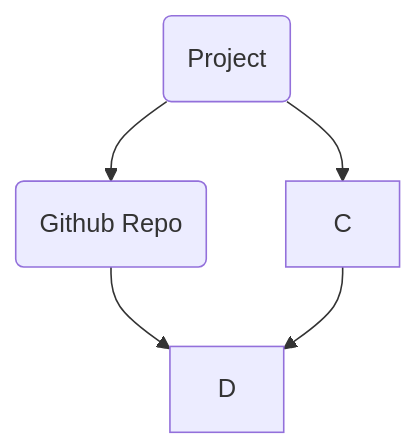
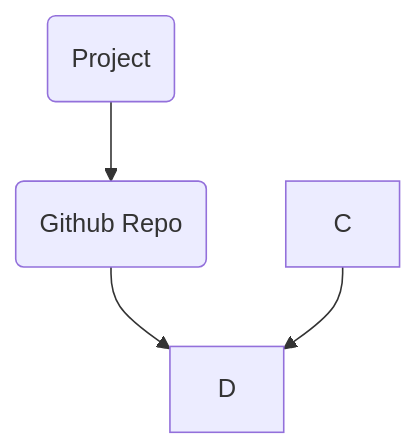
Before and after one commit to WSU-kduncan/cicd-3120-davidkajuna7: the diagram in README.md, drawn with Mermaid.

````diff
--- a/README.md
+++ b/README.md
@@ -52,7 +52,6 @@
 ```mermaid
-  graph TD;
+  flowchart TB;
       A(Project)-->B(Github Repo);
-      A-->C;
       B-->D;
       C-->D;
 ```
````
